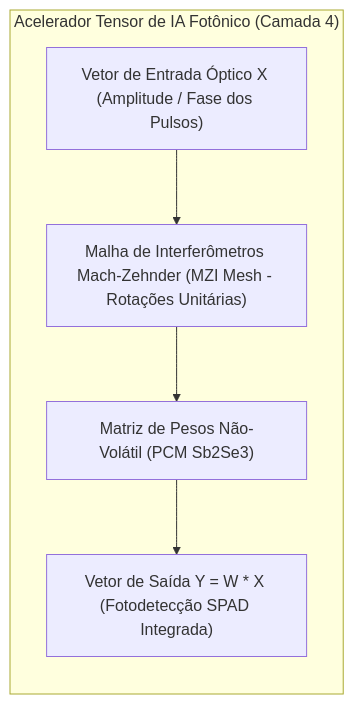
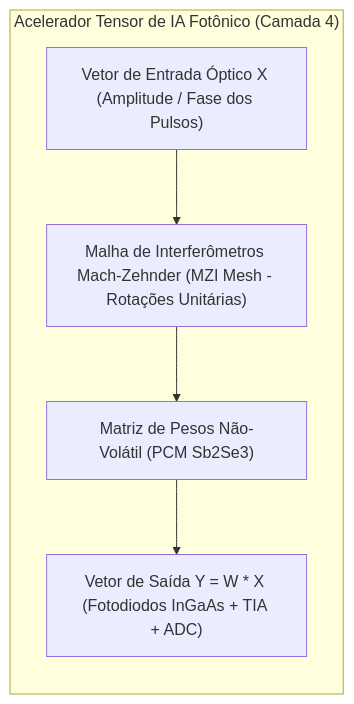
Before and after one commit to Roliveira96/SilicaCore: the diagram in docs/architecture/07-acelerador-tensor-ia-fototectonico.md, drawn with Mermaid. The commit also changed other lines of this file and 6 other files, not shown here.

````diff
--- a/docs/architecture/07-acelerador-tensor-ia-fototectonico.md
+++ b/docs/architecture/07-acelerador-tensor-ia-fototectonico.md
@@ -9,14 +11,14 @@
 ```mermaid
 flowchart TD
     subgraph PhotonicTensorCore["Acelerador Tensor de IA Fotônico (Camada 4)"]
         direction TB
         VetorEntrada["Vetor de Entrada Óptico X (Amplitude / Fase dos Pulsos)"]
         MZIMesh["Malha de Interferômetros Mach-Zehnder (MZI Mesh - Rotações Unitárias)"]
         PesosPCM["Matriz de Pesos Não-Volátil (PCM Sb2Se3)"]
-        DetecaoSaida["Vetor de Saída Y = W * X (Fotodetecção SPAD Integrada)"]
+        DetecaoSaida["Vetor de Saída Y = W * X (Fotodiodos InGaAs + TIA + ADC)"]
         
         VetorEntrada --> MZIMesh
         MZIMesh --> PesosPCM
         PesosPCM --> DetecaoSaida
     end
 ```
````
